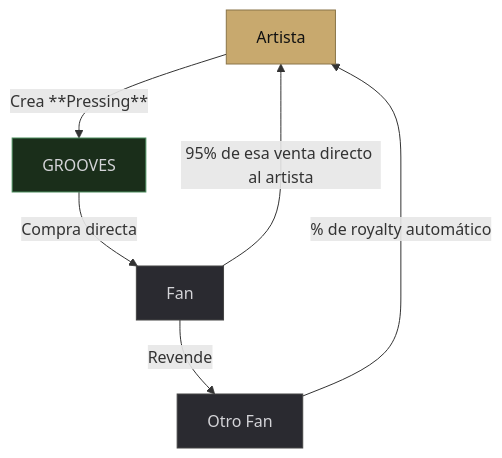
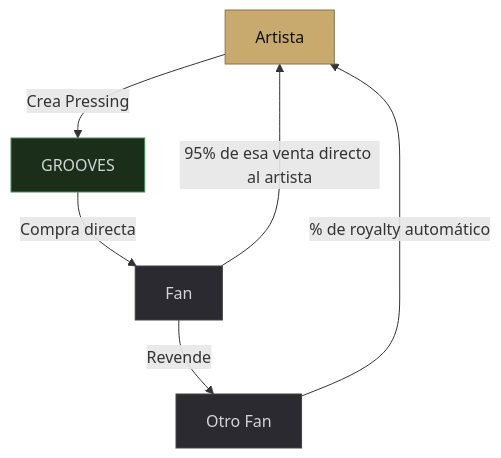
One commit to groovesart/grooves-docs changed the second of 3 diagrams in el-problema.md. Above: the diagram before and after it, drawn with Mermaid.

````diff
--- a/el-problema.md
+++ b/el-problema.md
@@ -29,12 +29,12 @@
 ```mermaid
 graph TB
-    A[Artista] -->|Crea **Pressing**| B[GROOVES]
+    A[Artista] -->|Crea Pressing| B[GROOVES]
     B -->|Compra directa| C[Fan]
     C -->|95% de esa venta directo al artista| A
     C -->|Revende| D[Otro Fan]
     D -->|% de royalty automático| A
     style A fill:#C8A96E,color:#111,stroke:#8a7548
     style B fill:#1a2e1a,color:#d4d4d8,stroke:#4a8c5c
     style C fill:#2a2a30,color:#d4d4d8,stroke:#444
     style D fill:#2a2a30,color:#d4d4d8,stroke:#444
 ```
````
